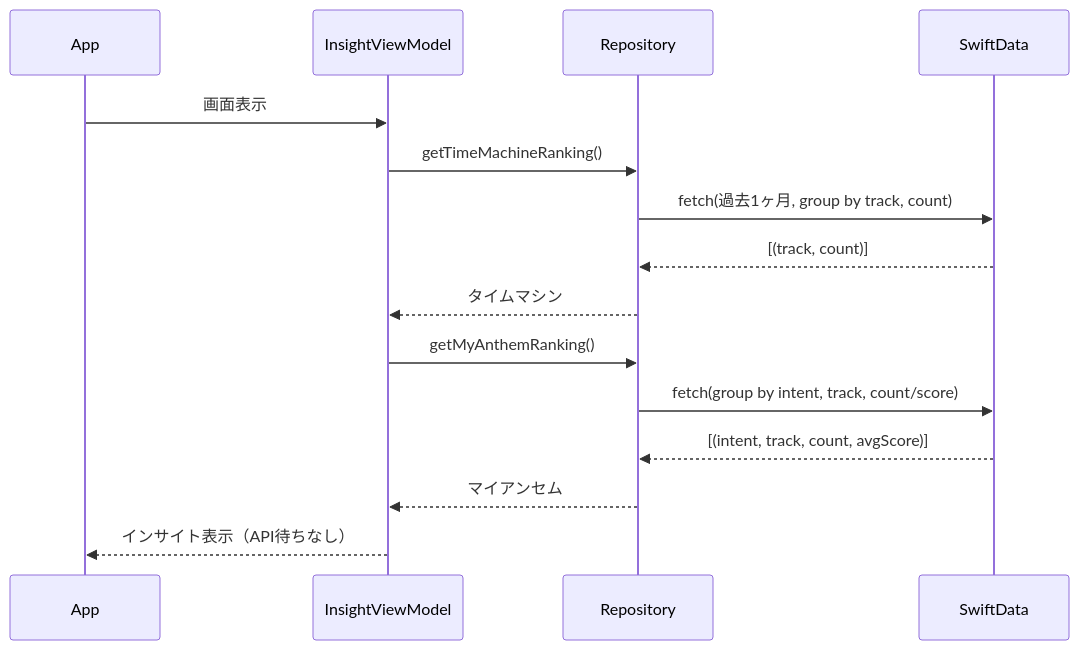
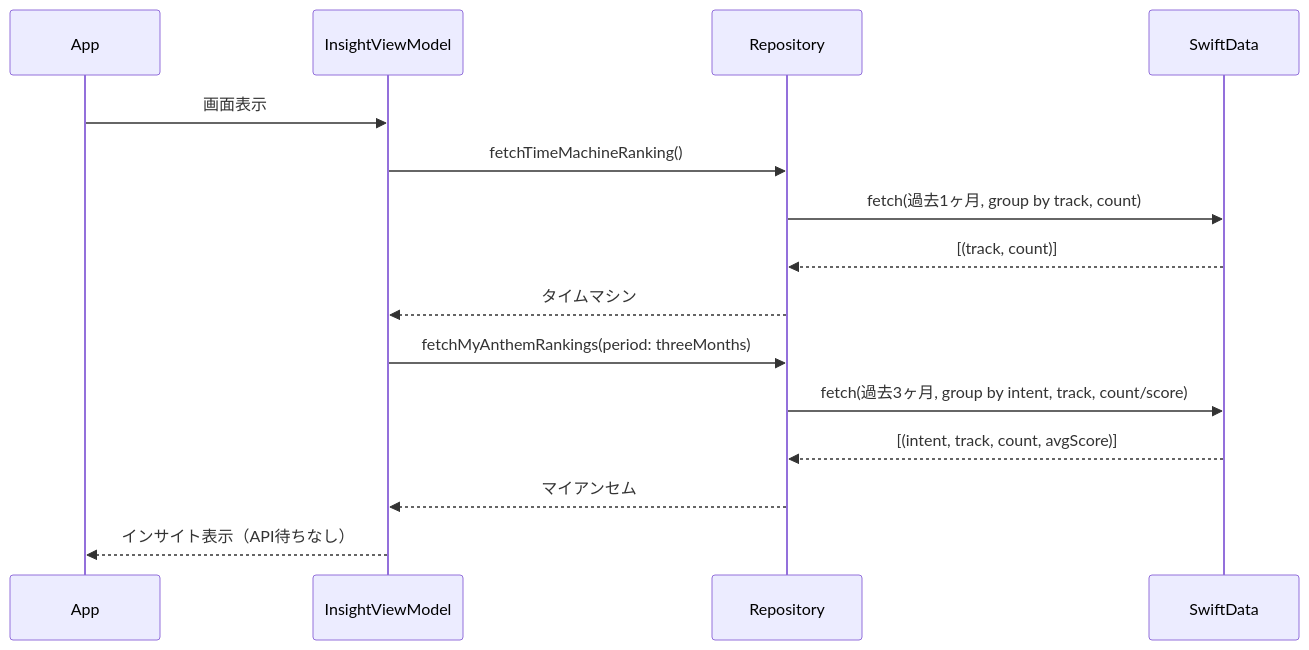
One commit to omomi-moti/Karaoke_support changed the fourth of 7 diagrams in docs/detailed_design.md. Above: the diagram before and after it, drawn with Mermaid. The commit also changed other lines of this file, not shown here.

Commit message:
docs: InsightRepositoryのAPI名をfetchに更新

````diff
--- a/docs/detailed_design.md
+++ b/docs/detailed_design.md
@@ -107,20 +107,20 @@
 ```mermaid
 sequenceDiagram
     participant App
     participant InsightViewModel
     participant Repository
     participant SwiftData
 
     App->>InsightViewModel: 画面表示
-    InsightViewModel->>Repository: getTimeMachineRanking()
+    InsightViewModel->>Repository: fetchTimeMachineRanking()
     Repository->>SwiftData: fetch(過去1ヶ月, group by track, count)
     SwiftData-->>Repository: [(track, count)]
     Repository-->>InsightViewModel: タイムマシン
 
-    InsightViewModel->>Repository: getMyAnthemRanking()
-    Repository->>SwiftData: fetch(group by intent, track, count/score)
+    InsightViewModel->>Repository: fetchMyAnthemRankings(period: threeMonths)
+    Repository->>SwiftData: fetch(過去3ヶ月, group by intent, track, count/score)
     SwiftData-->>Repository: [(intent, track, count, avgScore)]
     Repository-->>InsightViewModel: マイアンセム
 
     InsightViewModel-->>App: インサイト表示（API待ちなし）
 ```
````
